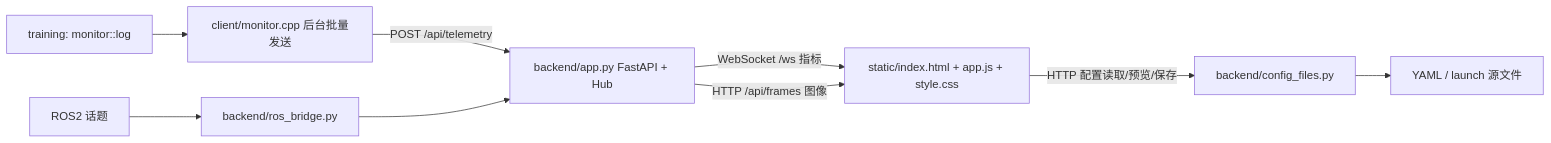
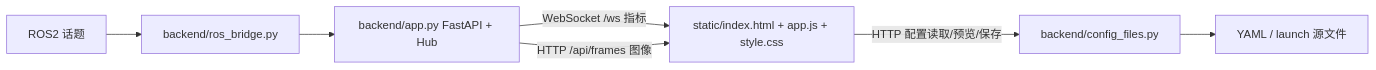
The diagram in src/rm_aa_webUI/README.md (KrazyKavier123/RM_AA_TEST), drawn with Mermaid before and after one commit. The commit also changed other lines of this file and 52 other files, not shown here.

````diff
--- a/src/rm_aa_webUI/README.md
+++ b/src/rm_aa_webUI/README.md
@@ -50,11 +50,9 @@
 ```mermaid
 flowchart LR
-  T[training: monitor::log] --> C[client/monitor.cpp 后台批量发送]
-  C -->|POST /api/telemetry| A[backend/app.py FastAPI + Hub]
   R[ROS2 话题] --> B[backend/ros_bridge.py]
-  B --> A
+  B --> A[backend/app.py FastAPI + Hub]
   A -->|WebSocket /ws 指标| UI[static/index.html + app.js + style.css]
   A -->|HTTP /api/frames 图像| UI
   UI -->|HTTP 配置读取/预览/保存| F[backend/config_files.py]
   F --> Y[YAML / launch 源文件]
 ```
````
